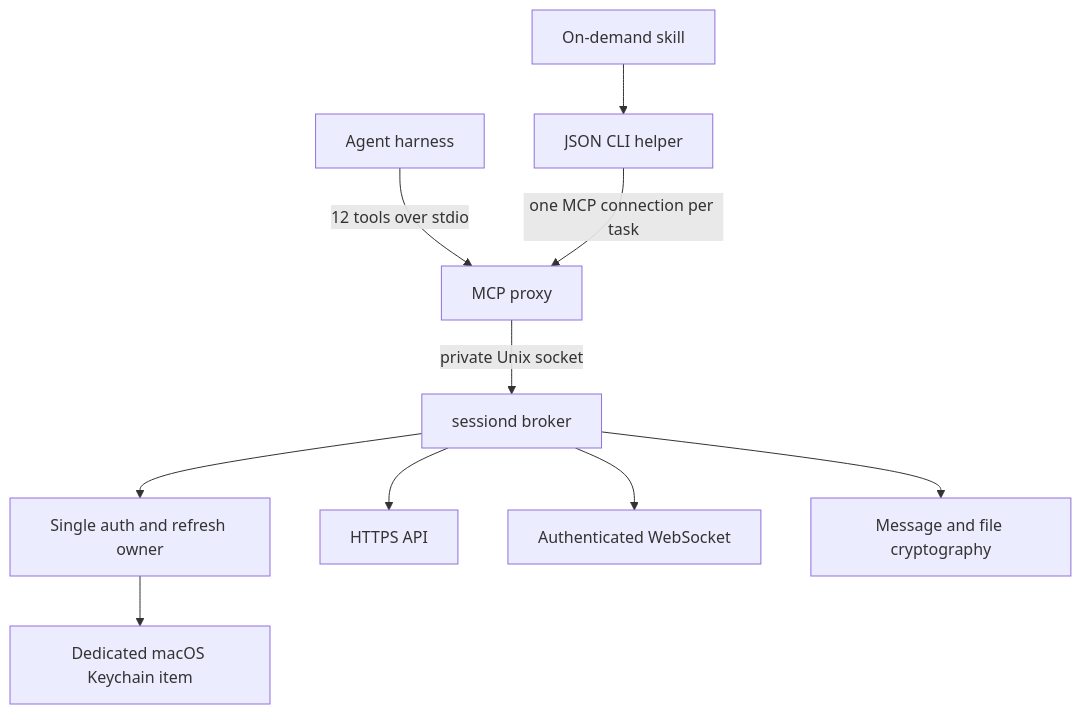
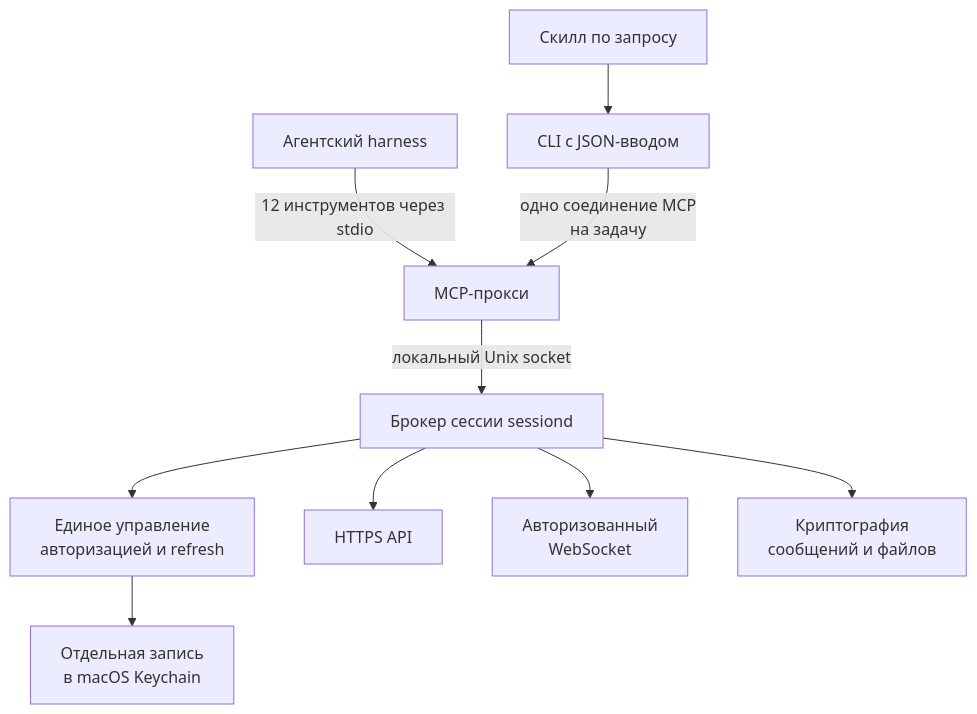
One commit to artdaal/express-mcp changed the diagram in docs/diagrams/architecture.mmd. Above: the diagram before and after it, drawn with Mermaid. The commit also changed 5 other files, not shown here.

Commit message:
Translate README and architecture diagrams into Russian

```diff
--- a/docs/diagrams/architecture.mmd
+++ b/docs/diagrams/architecture.mmd
@@ -1,10 +1,10 @@
 flowchart TB
-  Agent[Agent harness] -->|12 tools over stdio| MCP[MCP proxy]
-  Skill[On-demand skill] --> CLI[JSON CLI helper]
-  CLI -->|one MCP connection per task| MCP
-  MCP -->|private Unix socket| Broker[sessiond broker]
-  Broker --> Auth[Single auth and refresh owner]
-  Auth --> Keychain[Dedicated macOS Keychain item]
+  Agent[Агентский harness] -->|12 инструментов через stdio| MCP[MCP-прокси]
+  Skill[Скилл по запросу] --> CLI[CLI с JSON-вводом]
+  CLI -->|одно соединение MCP<br/>на задачу| MCP
+  MCP -->|локальный Unix socket| Broker[Брокер сессии sessiond]
+  Broker --> Auth[Единое управление<br/>авторизацией и refresh]
+  Auth --> Keychain[Отдельная запись<br/>в macOS Keychain]
   Broker --> REST[HTTPS API]
-  Broker --> WS[Authenticated WebSocket]
-  Broker --> Crypto[Message and file cryptography]
+  Broker --> WS[Авторизованный<br/>WebSocket]
+  Broker --> Crypto[Криптография<br/>сообщений и файлов]
```
